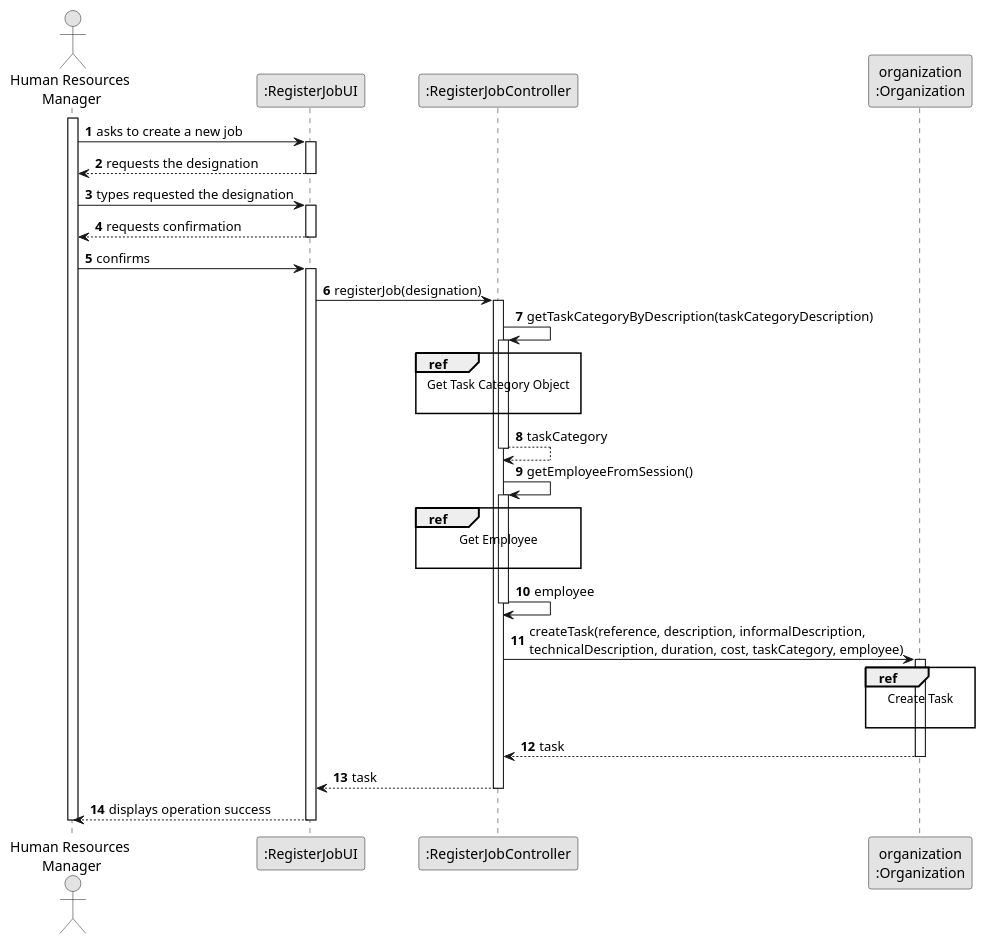
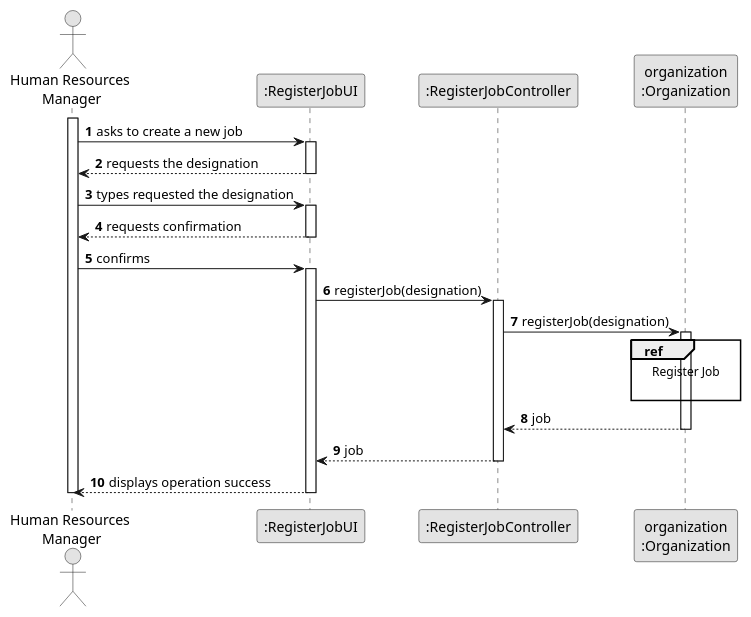
The diagram in docs/sprintB/us002/03.design/puml/us002-sequence-diagram-split.puml (diogoveirospro/lei-24-s2-1dg-g072), drawn with PlantUML before and after one commit. The commit also changed 19 other files, not shown here.

Commit message:
Partial and full sequence diagram of US02 and start of class diagram

```diff
--- a/docs/sprintB/us002/03.design/puml/us002-sequence-diagram-split.puml
+++ b/docs/sprintB/us002/03.design/puml/us002-sequence-diagram-split.puml
@@ -1,74 +1,54 @@
 @startuml
 skinparam monochrome true
 skinparam packageStyle rectangle
 skinparam shadowing false
 
 autonumber
 
 'hide footbox
 actor "Human Resources\n Manager" as HRM
 participant ":RegisterJobUI" as UI
 participant ":RegisterJobController" as CTRL
 participant "organization\n:Organization" as ORG
 
 activate HRM
 
     HRM -> UI : asks to create a new job
 
     activate UI
 
         UI --> HRM : requests the designation
     deactivate UI
 
     HRM -> UI : types requested the designation
     activate UI
 
         UI --> HRM : requests confirmation
     deactivate UI
 
     HRM -> UI : confirms
     activate UI
 
         UI -> CTRL : registerJob(designation)
         activate CTRL
 
-            CTRL -> CTRL : getTaskCategoryByDescription(taskCategoryDescription)
-            activate CTRL
-
-                ref over CTRL
-                    Get Task Category Object
-
-                end ref
-
-                CTRL --> CTRL : taskCategory
-            deactivate CTRL
-
-            CTRL -> CTRL : getEmployeeFromSession()
-            activate CTRL
-
-                ref over CTRL
-                    Get Employee
-
-                end ref
-                CTRL -> CTRL : employee
-            deactivate CTRL
-
-            CTRL -> ORG: createTask(reference, description, informalDescription,\ntechnicalDescription, duration, cost, taskCategory, employee)
+            CTRL -> ORG : registerJob(designation)
             activate ORG
 
-                ref over ORG
-                    Create Task
+            ref over ORG
+                Register Job
 
-                end
+            end
 
-                ORG --> CTRL : task
+            ORG --> CTRL : job
             deactivate ORG
 
-            CTRL --> UI: task
-            deactivate CTRL
-            UI --> HRM: displays operation success
+            CTRL --> UI : job
+        deactivate CTRL
+
+        UI --> HRM: displays operation success
     deactivate UI
 
 deactivate HRM
 
 @enduml
```
